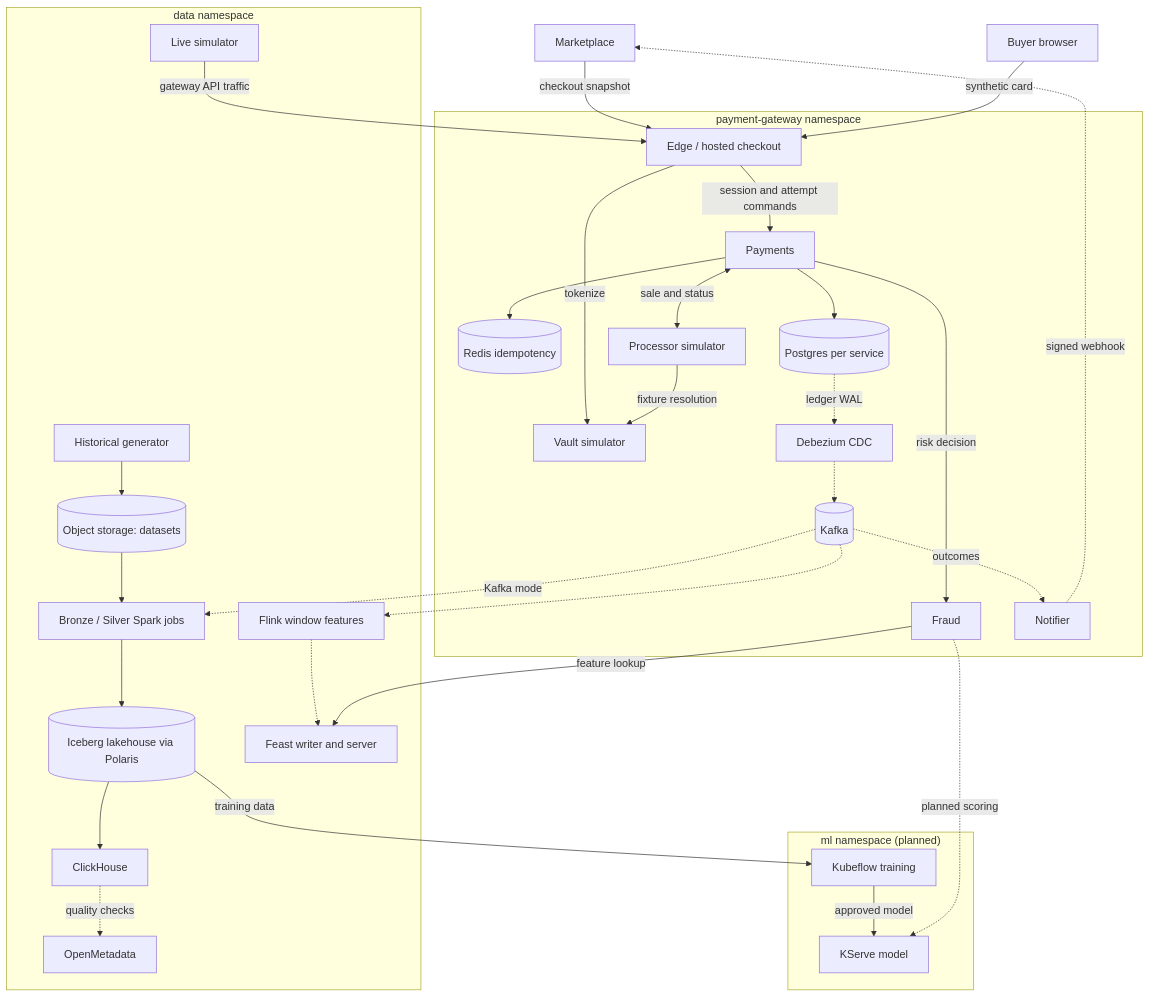
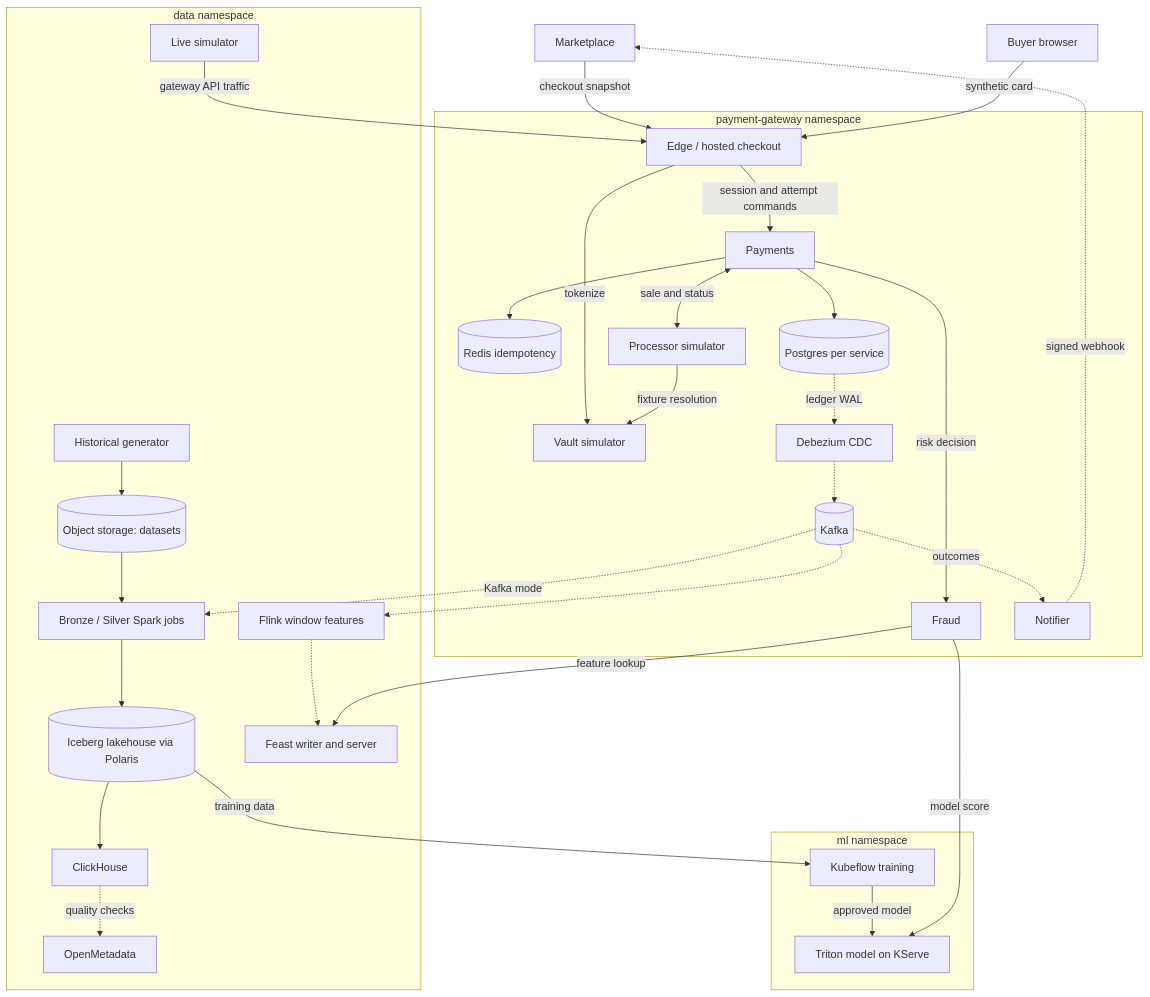
Before and after one commit to phuchoang2603/payment-gateway-fraud-detection: the diagram in docs/Home.md, drawn with Mermaid. The commit also changed other lines of this file and 87 other files, not shown here.

````diff
--- a/docs/Home.md
+++ b/docs/Home.md
@@ -51,58 +51,58 @@
 ```mermaid
 flowchart TB
     M["Marketplace"]
     B["Buyer browser"]
     subgraph gateway["payment-gateway namespace"]
         E["Edge / hosted checkout"]
         V["Vault simulator"]
         P["Payments"]
         R[("Redis idempotency")]
         PG[("Postgres per service")]
         F["Fraud"]
         X["Processor simulator"]
         C["Debezium CDC"]
         K[("Kafka")]
         N["Notifier"]
     end
     subgraph data["data namespace"]
         G["Historical generator"]
         L["Live simulator"]
         S3[("Object storage: datasets")]
         BR["Bronze / Silver Spark jobs"]
         IC[("Iceberg lakehouse via Polaris")]
         CH["ClickHouse"]
         OM["OpenMetadata"]
         FL["Flink window features"]
         FE["Feast writer and server"]
     end
-    subgraph ml["ml namespace (planned)"]
+    subgraph ml["ml namespace"]
         TR["Kubeflow training"]
-        KS["KServe model"]
+        KS["Triton model on KServe"]
     end
     M -->|"checkout snapshot"| E
     B -->|"synthetic card"| E
     E -->|"tokenize"| V
     E -->|"session and attempt commands"| P
     P --> R
     P --> PG
     P -->|"risk decision"| F
     P <-->|"sale and status"| X
     X -->|"fixture resolution"| V
     PG -.->|"ledger WAL"| C
     C -.-> K
     K -.->|"outcomes"| N
     N -.->|"signed webhook"| M
     L -->|"gateway API traffic"| E
     G --> S3
     S3 --> BR
     K -.->|"Kafka mode"| BR
     BR --> IC
     IC --> CH
     CH -.->|"quality checks"| OM
     K -.-> FL
     FL -.-> FE
     F -->|"feature lookup"| FE
     IC -->|"training data"| TR
     TR -->|"approved model"| KS
-    F -.->|"planned scoring"| KS
+    F -->|"model score"| KS
 ```
````
